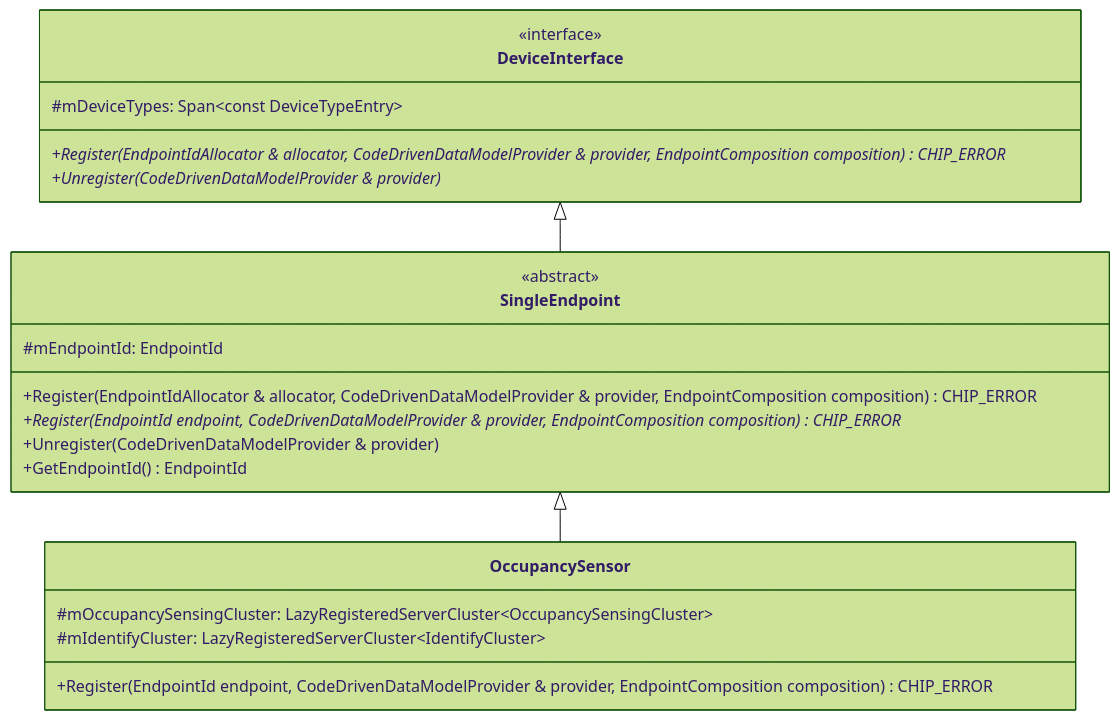
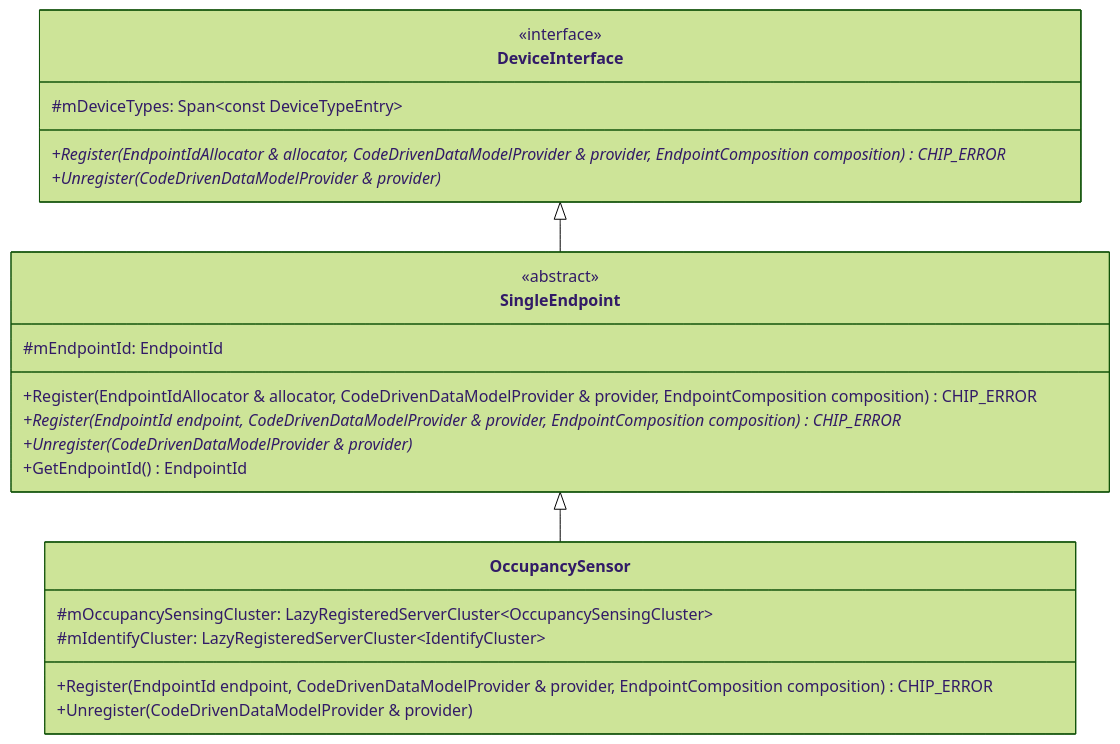
One commit to project-chip/connectedhomeip changed the second of 3 diagrams in examples/all-devices-app/docs/architecture.md. Above: the diagram before and after it, drawn with Mermaid (forest theme). The commit also changed 15 other files, not shown here.

````diff
--- a/examples/all-devices-app/docs/architecture.md
+++ b/examples/all-devices-app/docs/architecture.md
@@ -86,27 +86,28 @@
 ```mermaid
 classDiagram
     class DeviceInterface {
         <<interface>>
         #mDeviceTypes: Span~const DeviceTypeEntry~
         +Register(EndpointIdAllocator & allocator, CodeDrivenDataModelProvider & provider, EndpointComposition composition)* CHIP_ERROR
         +Unregister(CodeDrivenDataModelProvider & provider)*
     }
 
     class SingleEndpoint {
         <<abstract>>
         #mEndpointId: EndpointId
         +Register(EndpointIdAllocator & allocator, CodeDrivenDataModelProvider & provider, EndpointComposition composition) CHIP_ERROR
         +Register(EndpointId endpoint, CodeDrivenDataModelProvider & provider, EndpointComposition composition)* CHIP_ERROR
-        +Unregister(CodeDrivenDataModelProvider & provider)
+        +Unregister(CodeDrivenDataModelProvider & provider)*
         +GetEndpointId() EndpointId
     }
 
     class OccupancySensor {
         #mOccupancySensingCluster: LazyRegisteredServerCluster~OccupancySensingCluster~
         #mIdentifyCluster: LazyRegisteredServerCluster~IdentifyCluster~
         +Register(EndpointId endpoint, CodeDrivenDataModelProvider & provider, EndpointComposition composition) CHIP_ERROR
+        +Unregister(CodeDrivenDataModelProvider & provider)
     }
 
     DeviceInterface <|-- SingleEndpoint
     SingleEndpoint <|-- OccupancySensor
 ```
````
